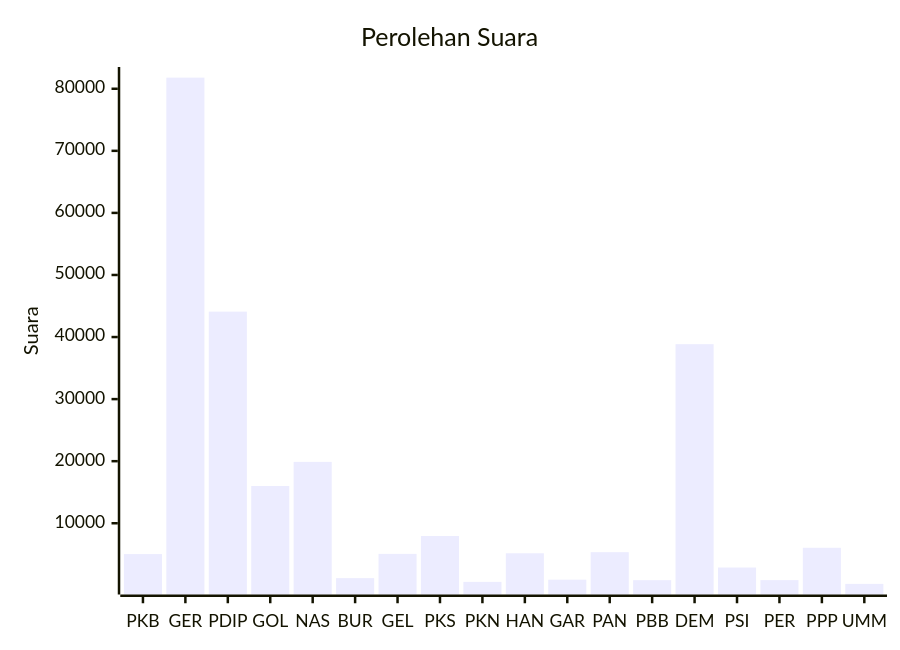
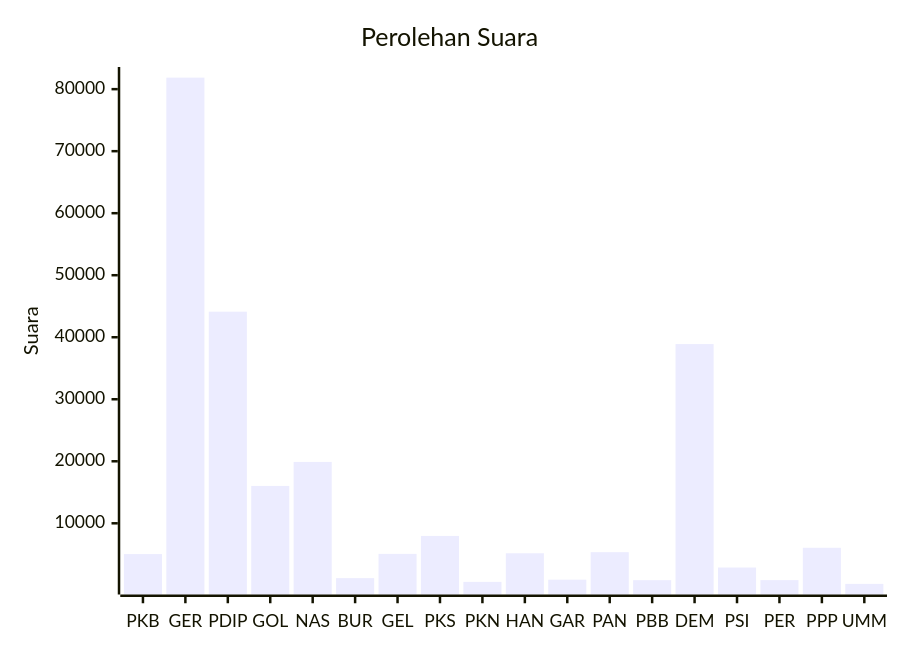
One commit to gigit-pemilu/pemilu-2024 changed the diagram in pileg-dpr/hitung-suara/sub/table-wilayah-65.md. Above: the diagram before and after it, drawn with Mermaid. The commit also changed other lines of this file and 21 other files, not shown here.

````diff
--- a/pileg-dpr/hitung-suara/sub/table-wilayah-65.md
+++ b/pileg-dpr/hitung-suara/sub/table-wilayah-65.md
@@ -7,7 +7,7 @@
 ```mermaid
 xychart-beta
     title "Perolehan Suara"
     x-axis [PKB, GER, PDIP, GOL, NAS, BUR, GEL, PKS, PKN, HAN, GAR, PAN, PBB, DEM, PSI, PER, PPP, UMM]
     y-axis "Suara"
-    bar [5037, 81794, 44097, 16004, 19884, 1159, 5067, 7950, 554, 5164, 907, 5338, 831, 38852, 2867, 835, 6046, 233]
+    bar [5041, 81859, 44119, 16024, 19895, 1160, 5069, 7966, 555, 5169, 907, 5346, 832, 38896, 2869, 835, 6050, 233]
 ```
````
